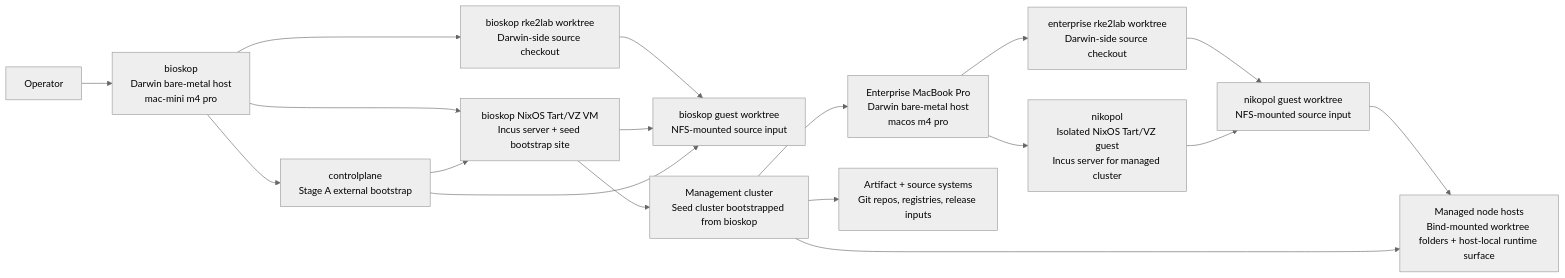
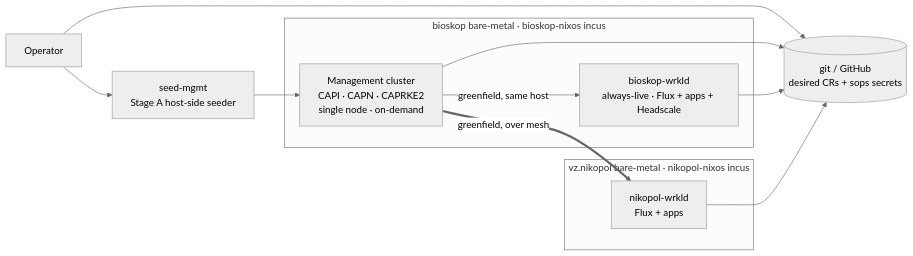
The first of 3 diagrams in docs/architecture/cluster-api/post-bootstrap-in-cluster-ownership-plan.adoc (nxmatic/rke2lab), drawn with Mermaid (neutral theme) before and after one commit. The commit also changed other lines of this file and 25 other files, not shown here.

First line of the commit message:
docs(architecture): reframe specs to management/workload separation

```diff
--- a/docs/architecture/cluster-api/post-bootstrap-in-cluster-ownership-plan.adoc
+++ b/docs/architecture/cluster-api/post-bootstrap-in-cluster-ownership-plan.adoc
@@ -139,35 +132,24 @@
 [mermaid,post-bootstrap-ownership-context,svg]
 ----
 flowchart LR
     operator[Operator]
-    bioskop[bioskop<br/>Darwin bare-metal host<br/>mac-mini m4 pro]
-    bioskopTree[bioskop rke2lab worktree<br/>Darwin-side source checkout]
-    bioskopVm[bioskop NixOS Tart/VZ VM<br/>Incus server + seed bootstrap site]
-    bioskopNfs[bioskop guest worktree<br/>NFS-mounted source input]
-    controlplane[controlplane<br/>Stage A external bootstrap]
-    cluster[Management cluster<br/>Seed cluster bootstrapped from bioskop]
-    enterpriseHost[Enterprise MacBook Pro<br/>Darwin bare-metal host<br/>macos m4 pro]
-    enterpriseTree[enterprise rke2lab worktree<br/>Darwin-side source checkout]
-    nikopol[nikopol<br/>Isolated NixOS Tart/VZ guest<br/>Incus server for managed cluster]
-    nikopolNfs[nikopol guest worktree<br/>NFS-mounted source input]
-    artifactStore[Artifact + source systems<br/>Git repos, registries, release inputs]
-    nodeHosts[Managed node hosts<br/>Bind-mounted worktree folders + host-local runtime surface]
+    git[(git / GitHub<br/>desired CRs + sops secrets)]
+    seedmgmt[seed-mgmt<br/>Stage A host-side seeder]
 
-    operator --> bioskop
-    bioskop --> bioskopTree
-    bioskop --> bioskopVm
-    bioskopTree --> bioskopNfs
-    bioskopVm --> bioskopNfs
-    bioskop --> controlplane
-    controlplane --> bioskopVm
-    controlplane --> bioskopNfs
-    bioskopVm --> cluster
-    cluster --> artifactStore
-    cluster --> enterpriseHost
-    enterpriseHost --> enterpriseTree
-    enterpriseHost --> nikopol
-    enterpriseTree --> nikopolNfs
-    nikopol --> nikopolNfs
-    nikopolNfs --> nodeHosts
-    cluster --> nodeHosts
+    subgraph BM1[bioskop bare-metal · bioskop-nixos incus]
+        mgmt[Management cluster<br/>CAPI · CAPN · CAPRKE2<br/>single node · on-demand]
+        bwrkld[bioskop-wrkld<br/>always-live · Flux + apps + Headscale]
+    end
+    subgraph BM2[vz.nikopol bare-metal · nikopol-nixos incus]
+        nwrkld[nikopol-wrkld<br/>Flux + apps]
+    end
+
+    operator --> git
+    operator --> seedmgmt
+    seedmgmt --> mgmt
+    mgmt --> git
+    mgmt -->|greenfield, same host| bwrkld
+    mgmt ==>|greenfield, over mesh| nwrkld
+    bwrkld --> git
+    nwrkld --> git
 ----
```
